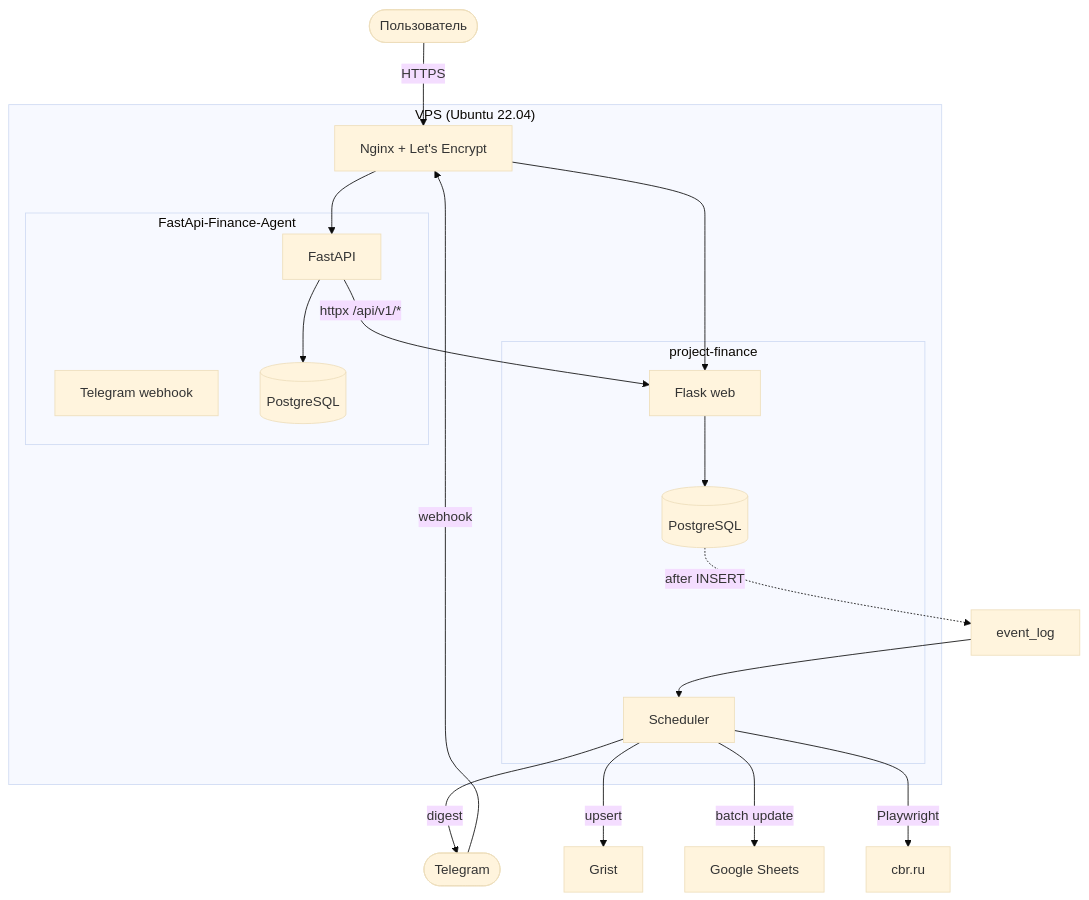
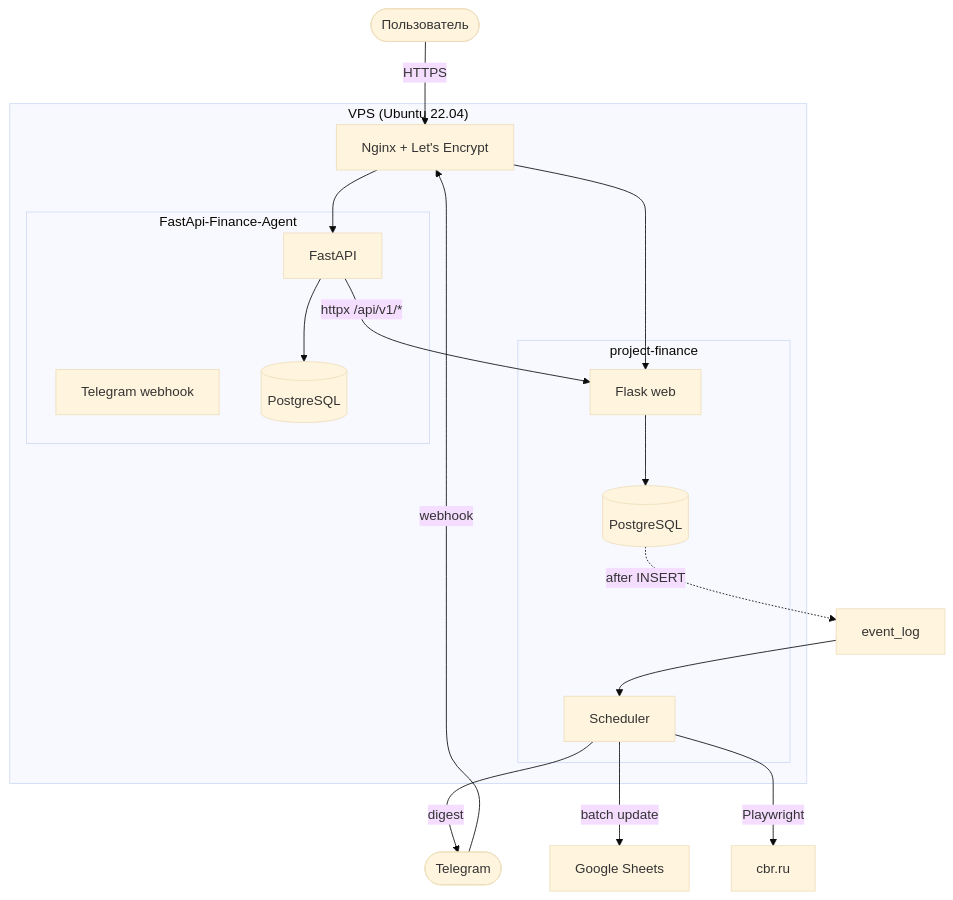
Before and after one commit to daniil-avdeenko/project-finance: the diagram in README.md, drawn with Mermaid (base theme). The commit also changed other lines of this file and 2 other files, not shown here.

Commit message:
chore(grist): drop config and docs references

````diff
--- a/README.md
+++ b/README.md
@@ -46,30 +45,29 @@
 ```mermaid
 flowchart TB
     subgraph VPS["VPS (Ubuntu 22.04)"]
         Nginx[Nginx + Let's Encrypt]
         subgraph Finance["project-finance"]
             Flask[Flask web]
             Sched[Scheduler]
             DB1[(PostgreSQL)]
         end
         subgraph Agent["FastApi-Finance-Agent"]
             API[FastAPI]
             Bot[Telegram webhook]
             DB2[(PostgreSQL)]
         end
     end
 
     User([Пользователь]) -->|HTTPS| Nginx
     TG([Telegram]) -->|webhook| Nginx
     Nginx --> Flask
     Nginx --> API
     API -->|httpx /api/v1/*| Flask
-    Flask --> DB1
+        Flask --> DB1
     DB1 -.after INSERT.-> Events[event_log]
     Events --> Sched
     Sched -->|digest| TG
-    Sched -->|upsert| Grist[Grist]
     Sched -->|batch update| Sheets[Google Sheets]
     Sched -->|Playwright| CBR[cbr.ru]
     API --> DB2
 ```
````
